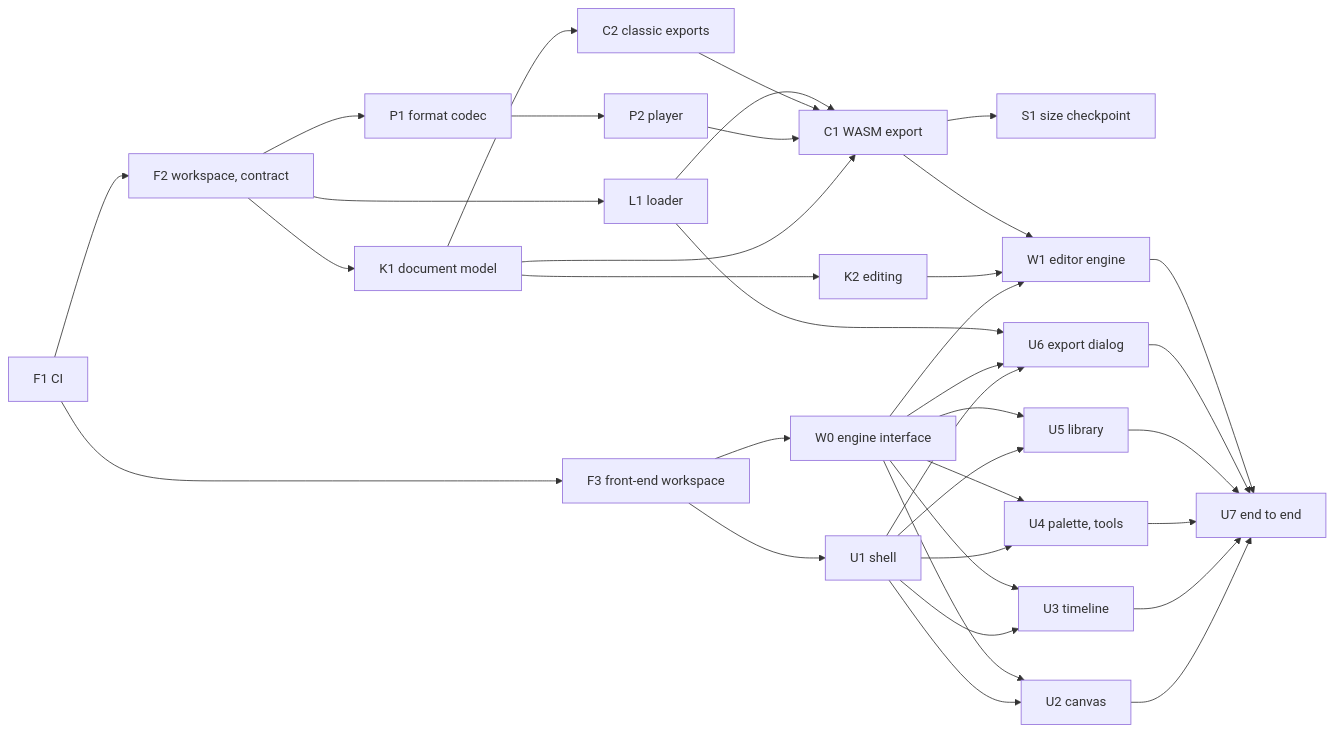
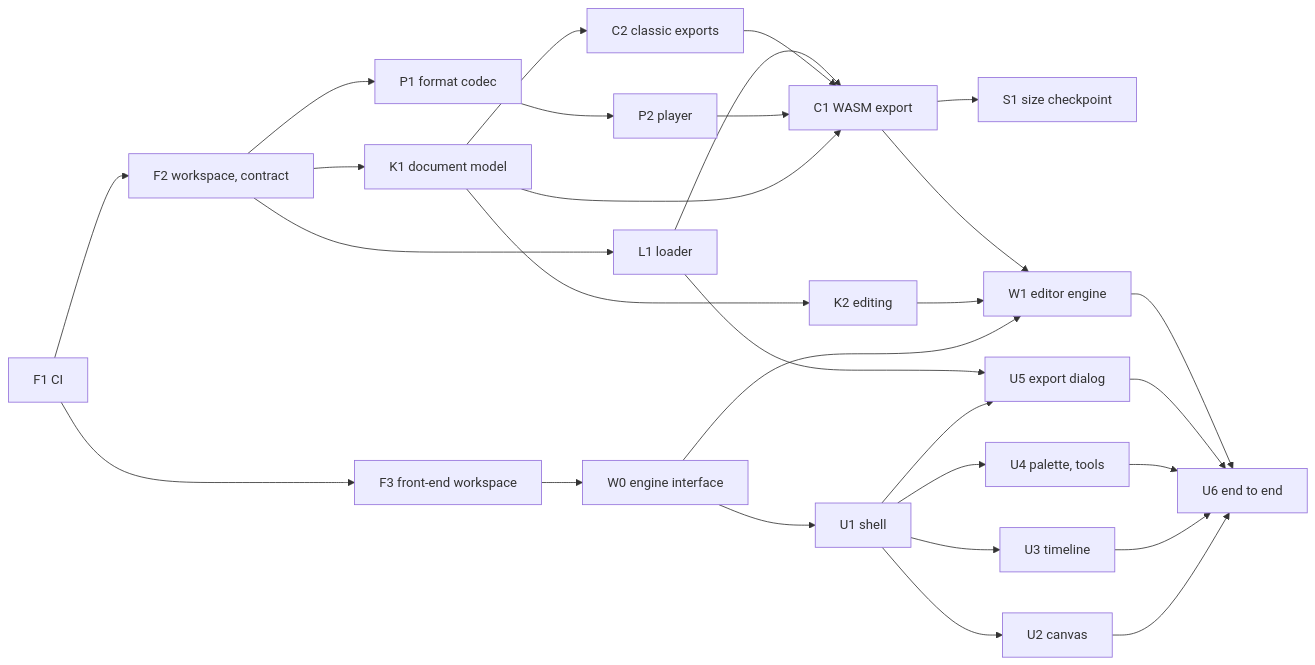
Before and after one commit to LINDECKER-Charles/app-life-pixel: the diagram in docs/implementation-plan.md, drawn with Mermaid. The commit also changed other lines of this file and 4 other files, not shown here.

````diff
--- a/docs/implementation-plan.md
+++ b/docs/implementation-plan.md
@@ -67,14 +66,14 @@
 ```mermaid
 flowchart LR
   F1[F1 CI] --> F2[F2 workspace, contract] & F3[F3 front-end workspace]
   F2 --> K1[K1 document model] & P1[P1 format codec] & L1[L1 loader]
-  F3 --> W0[W0 engine interface] & U1[U1 shell]
+  F3 --> W0[W0 engine interface] --> U1[U1 shell]
   P1 --> P2[P2 player]
   K1 --> K2[K2 editing] & C2[C2 classic exports]
   K1 & P2 & C2 & L1 --> C1[C1 WASM export]
   C1 --> S1[S1 size checkpoint]
-  U1 & W0 --> U2[U2 canvas] & U3[U3 timeline] & U4[U4 palette, tools] & U5[U5 library]
-  U1 & W0 & L1 --> U6[U6 export dialog]
+  U1 --> U2[U2 canvas] & U3[U3 timeline] & U4[U4 palette, tools]
+  U1 & L1 --> U5[U5 export dialog]
   W0 & K2 & C1 --> W1[W1 editor engine]
-  U2 & U3 & U4 & U5 & U6 & W1 --> U7[U7 end to end]
+  U2 & U3 & U4 & U5 & W1 --> U6[U6 end to end]
 ```
````
